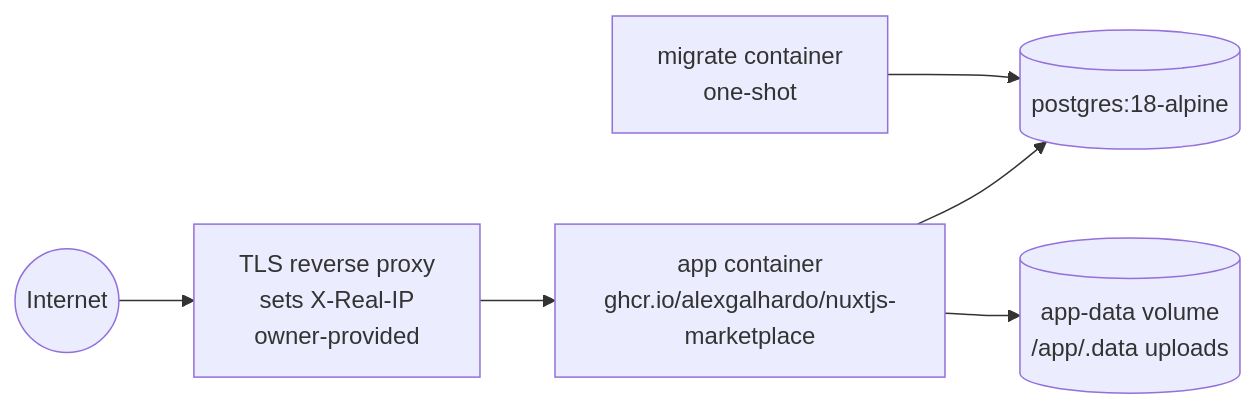
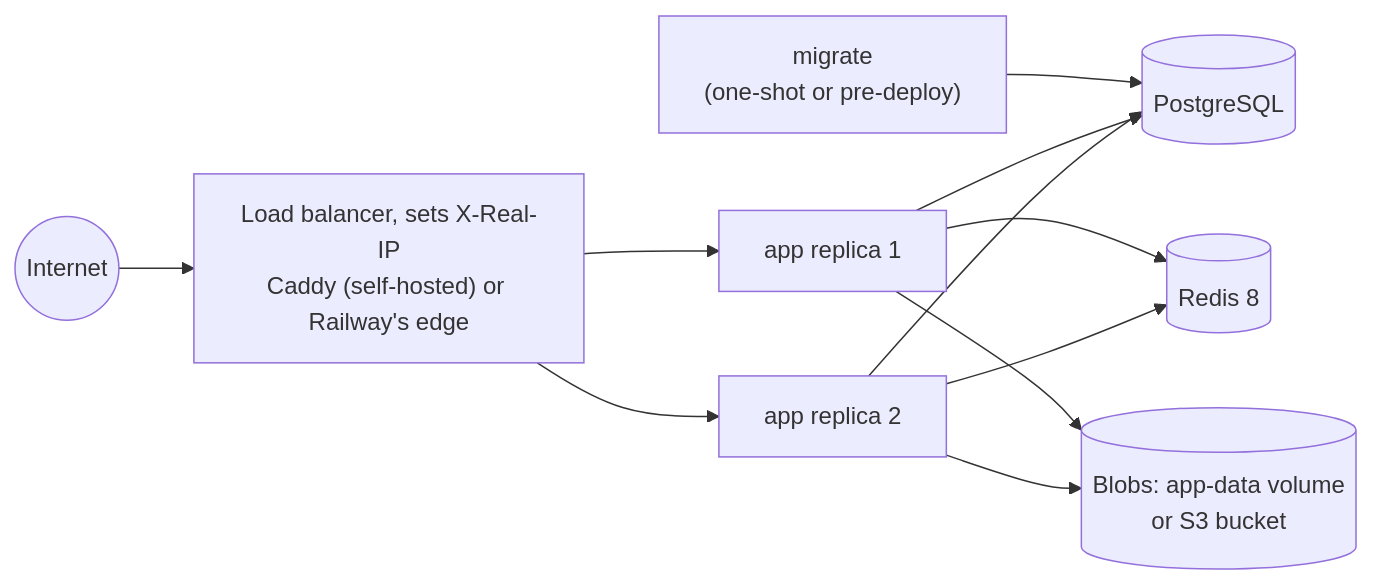
One commit to AlexGalhardo/nuxtjs-marketplace changed the fourth of 4 diagrams in docs/system-design/03-architecture.md. Above: the diagram before and after it, drawn with Mermaid. The commit also changed other lines of this file and 11 other files, not shown here.

First line of the commit message:
docs: system design reflects redis, queues, caddy and observability

````diff
--- a/docs/system-design/03-architecture.md
+++ b/docs/system-design/03-architecture.md
@@ -107,8 +112,10 @@
 ```mermaid
 flowchart LR
-  internet((Internet)) --> proxy[TLS reverse proxy<br/>sets X-Real-IP<br/>owner-provided]
-  proxy --> app[app container<br/>ghcr.io/alexgalhardo/nuxtjs-marketplace]
-  migrate[migrate container<br/>one-shot] --> pg[(postgres:18-alpine)]
-  app --> pg
-  app --> vol[(app-data volume<br/>/app/.data uploads)]
+  internet((Internet)) --> lb["Load balancer, sets X-Real-IP<br/>Caddy (self-hosted) or Railway's edge"]
+  lb --> app1[app replica 1]
+  lb --> app2[app replica 2]
+  migrate["migrate<br/>(one-shot or pre-deploy)"] --> pg[(PostgreSQL)]
+  app1 & app2 --> pg
+  app1 & app2 --> redis[("Redis 8")]
+  app1 & app2 --> blob[("Blobs: app-data volume<br/>or S3 bucket")]
 ```
````
